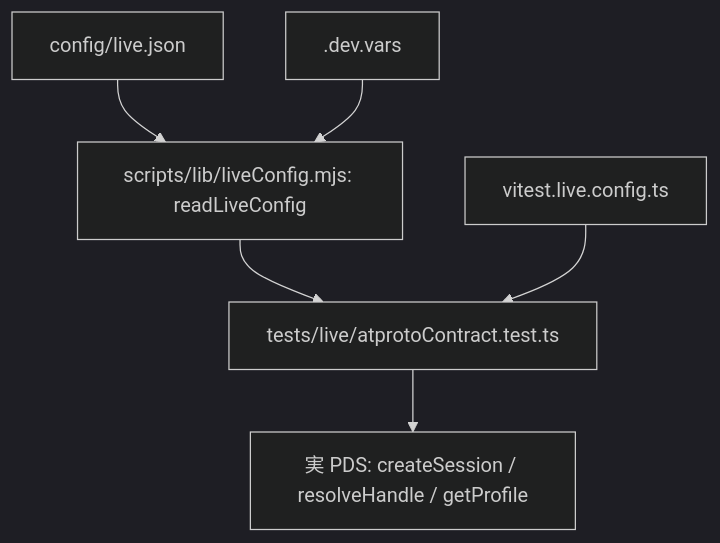
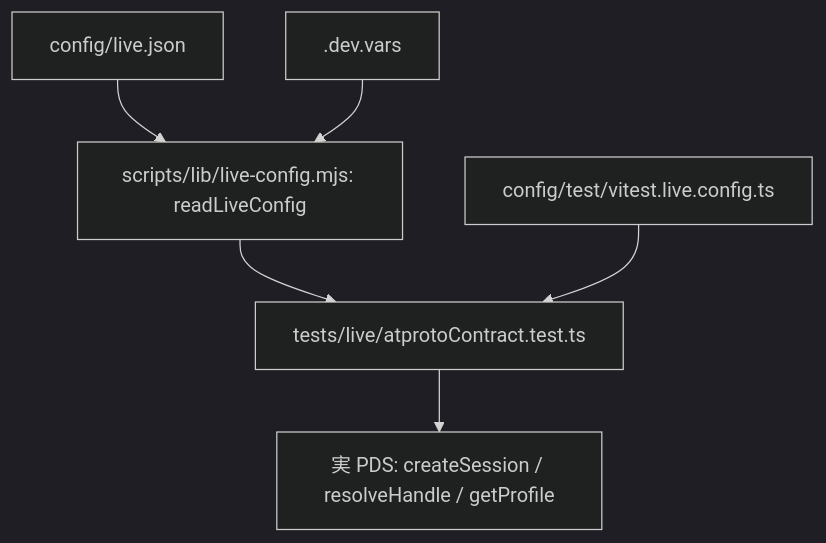
Before and after one commit to nekono-dev/skyshare: the diagram in .kiro/specs/live-tests/design.md, drawn with Mermaid (dark theme). The commit also changed other lines of this file and 46 other files, not shown here.

````diff
--- a/.kiro/specs/live-tests/design.md
+++ b/.kiro/specs/live-tests/design.md
@@ -29,8 +29,8 @@
 ```mermaid
 graph TD
-  Config[config/live.json] --> Loader[scripts/lib/liveConfig.mjs: readLiveConfig]
+  Config[config/live.json] --> Loader[scripts/lib/live-config.mjs: readLiveConfig]
   Dev[.dev.vars] --> Loader
   Loader --> Test[tests/live/atprotoContract.test.ts]
   Test --> PDS[実 PDS: createSession / resolveHandle / getProfile]
-  VitestLive[vitest.live.config.ts] --> Test
+  VitestLive[config/test/vitest.live.config.ts] --> Test
 ```
````
